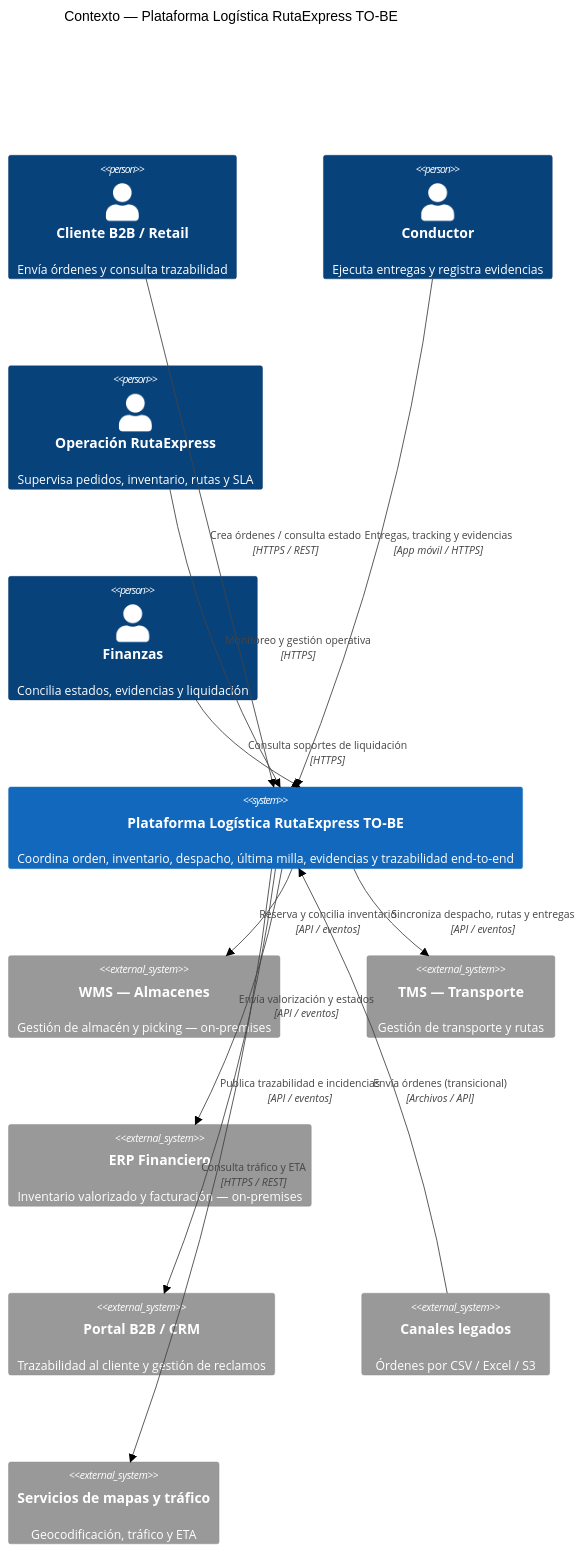
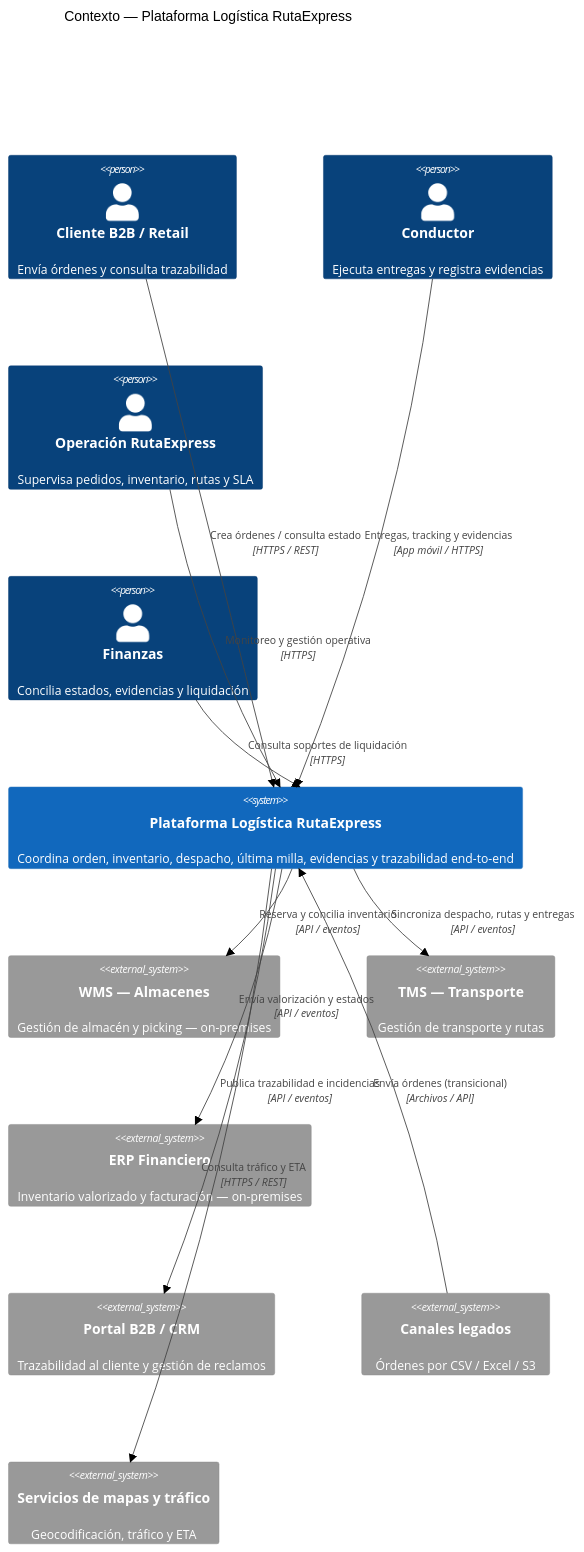
The diagram in arquitectura/diseno_solucion/alternativa_A_orquestada/01_nivel1_contexto.md (jbreategui/ruta-express), drawn with Mermaid (forest theme) before and after one commit. The commit also changed 8 other files, not shown here.

Commit message:
Quitar 'TO-BE' de las cajas y titulos de los diagramas (C4)

````diff
--- a/arquitectura/diseno_solucion/alternativa_A_orquestada/01_nivel1_contexto.md
+++ b/arquitectura/diseno_solucion/alternativa_A_orquestada/01_nivel1_contexto.md
@@ -6,32 +6,32 @@
 ```mermaid
 C4Context
-    title Contexto — Plataforma Logística RutaExpress TO-BE
+    title Contexto — Plataforma Logística RutaExpress
 
     Person(cliente, "Cliente B2B / Retail", "Envía órdenes y consulta trazabilidad")
     Person(conductor, "Conductor", "Ejecuta entregas y registra evidencias")
     Person(operacion, "Operación RutaExpress", "Supervisa pedidos, inventario, rutas y SLA")
     Person(finanzas, "Finanzas", "Concilia estados, evidencias y liquidación")
 
-    System(plataforma, "Plataforma Logística RutaExpress TO-BE", "Coordina orden, inventario, despacho, última milla, evidencias y trazabilidad end-to-end")
+    System(plataforma, "Plataforma Logística RutaExpress", "Coordina orden, inventario, despacho, última milla, evidencias y trazabilidad end-to-end")
 
     System_Ext(wms, "WMS — Almacenes", "Gestión de almacén y picking — on-premises")
     System_Ext(tms, "TMS — Transporte", "Gestión de transporte y rutas")
     System_Ext(erp, "ERP Financiero", "Inventario valorizado y facturación — on-premises")
     System_Ext(portal, "Portal B2B / CRM", "Trazabilidad al cliente y gestión de reclamos")
     System_Ext(legado, "Canales legados", "Órdenes por CSV / Excel / S3")
     System_Ext(mapas, "Servicios de mapas y tráfico", "Geocodificación, tráfico y ETA")
 
     Rel(cliente, plataforma, "Crea órdenes / consulta estado", "HTTPS / REST")
     Rel(conductor, plataforma, "Entregas, tracking y evidencias", "App móvil / HTTPS")
     Rel(operacion, plataforma, "Monitoreo y gestión operativa", "HTTPS")
     Rel(finanzas, plataforma, "Consulta soportes de liquidación", "HTTPS")
 
     Rel(plataforma, wms, "Reserva y concilia inventario", "API / eventos")
     Rel(plataforma, tms, "Sincroniza despacho, rutas y entregas", "API / eventos")
     Rel(plataforma, erp, "Envía valorización y estados", "API / eventos")
     Rel(plataforma, portal, "Publica trazabilidad e incidencias", "API / eventos")
     Rel(legado, plataforma, "Envía órdenes (transicional)", "Archivos / API")
     Rel(plataforma, mapas, "Consulta tráfico y ETA", "HTTPS / REST")
 
     UpdateLayoutConfig($c4ShapeInRow="3", $c4BoundaryInRow="2")
 ```
````
